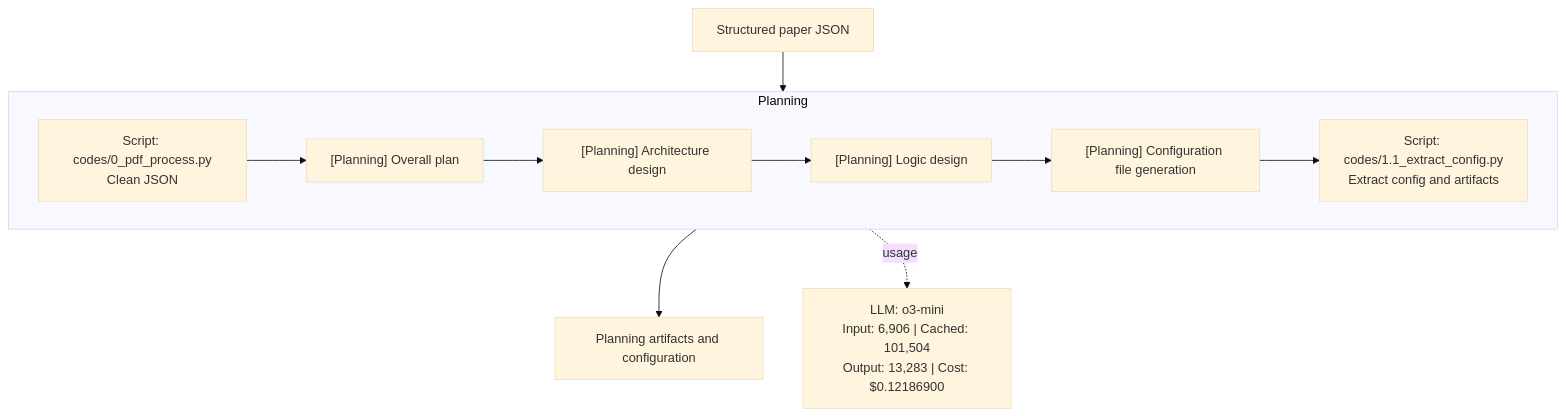
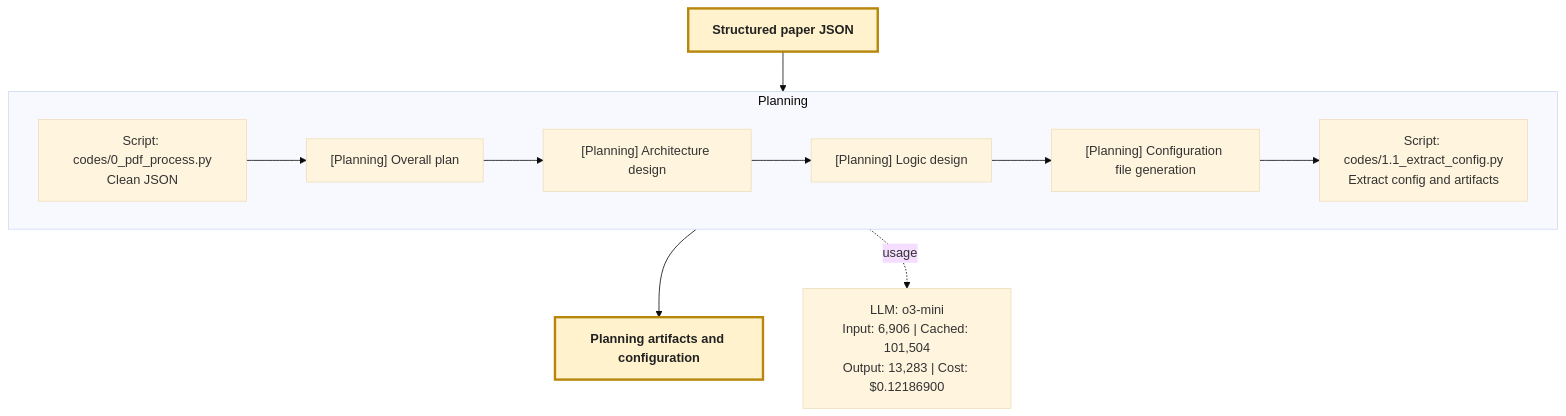
Before and after one commit to jimthompson5802/paper2code-ple: the second of 6 diagrams in README.md, drawn with Mermaid (base theme). The commit also changed other lines of this file, not shown here.

Commit message:
Enhance flowchart styling in README.md for improved visual clarity and consistency

````diff
--- a/README.md
+++ b/README.md
@@ -81,16 +83,18 @@
 ```mermaid
 flowchart TB
   json[Structured paper JSON]
   subgraph planning["Planning"]
     direction LR
     clean[Script: codes/0_pdf_process.py<br/>Clean JSON] --> plan["[Planning] Overall plan"] --> architecture["[Planning] Architecture design"]
     logic["[Planning] Logic design"] --> config["[Planning] Configuration file generation"] --> extract[Script: codes/1.1_extract_config.py<br/>Extract config and artifacts]
   end
   output[Planning artifacts and configuration]
 
   json --> clean
   architecture --> logic
   extract --> output
+  classDef transition fill:#fff2cc,stroke:#b8860b,stroke-width:3px,color:#222,font-weight:bold
+  class json,output transition
   planning_usage["LLM: o3-mini<br/>Input: 6,906 | Cached: 101,504<br/>Output: 13,283 | Cost: $0.12186900"]
   planning -. usage .-> planning_usage
 ```
````
